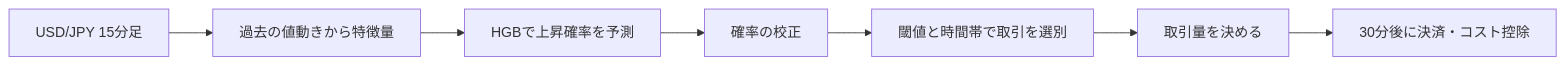
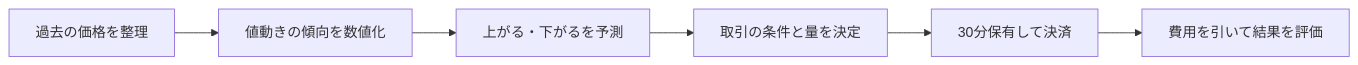
The diagram in README.md (Fuku1121/fx-ml-trading), drawn with Mermaid before and after one commit. The commit also changed other lines of this file and 18 other files, not shown here.

````diff
--- a/README.md
+++ b/README.md
@@ -27,9 +17,8 @@
 ```mermaid
 flowchart LR
-    A[USD/JPY 15分足] --> B[過去の値動きから特徴量]
-    B --> C[HGBで上昇確率を予測]
-    C --> D[確率の校正]
-    D --> E[閾値と時間帯で取引を選別]
-    E --> F[取引量を決める]
-    F --> G[30分後に決済・コスト控除]
+    A[過去の価格を整理] --> B[値動きの傾向を数値化]
+    B --> C[上がる・下がるを予測]
+    C --> D[取引の条件と量を決定]
+    D --> E[30分保有して決済]
+    E --> F[費用を引いて結果を評価]
 ```
````
